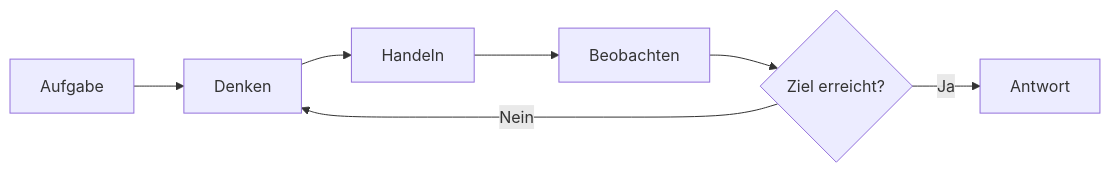
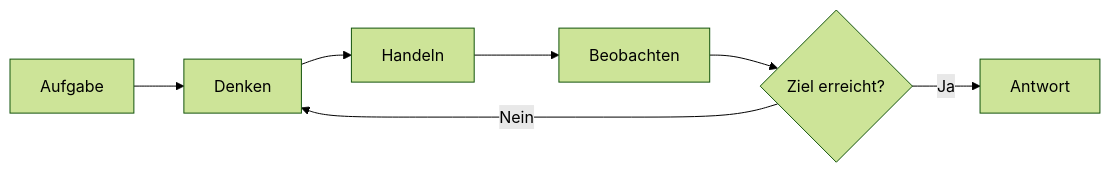
Before and after one commit to ralf-42/GenAI: the third of 10 diagrams in docs/08-agenten/agent-architekturen.md, drawn with Mermaid. The commit also changed other lines of this file and 2 other files, not shown here.

````diff
--- a/docs/08-agenten/agent-architekturen.md
+++ b/docs/08-agenten/agent-architekturen.md
@@ -96,9 +118,10 @@
 ```mermaid
+%%{init: {'theme':'forest'}}%%
 flowchart LR
     A[Aufgabe] --> B[Denken]
     B --> C[Handeln]
     C --> D[Beobachten]
     D --> E{Ziel erreicht?}
     E -->|Nein| B
     E -->|Ja| F[Antwort]
 ```
````
